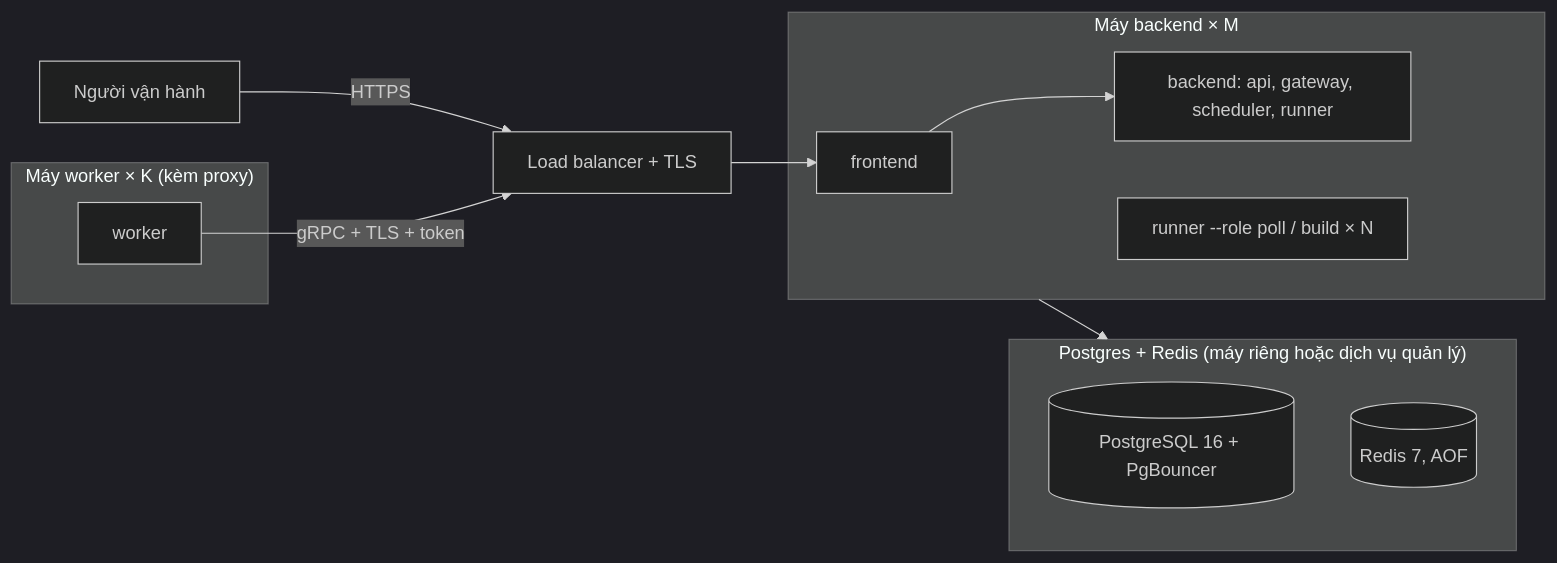
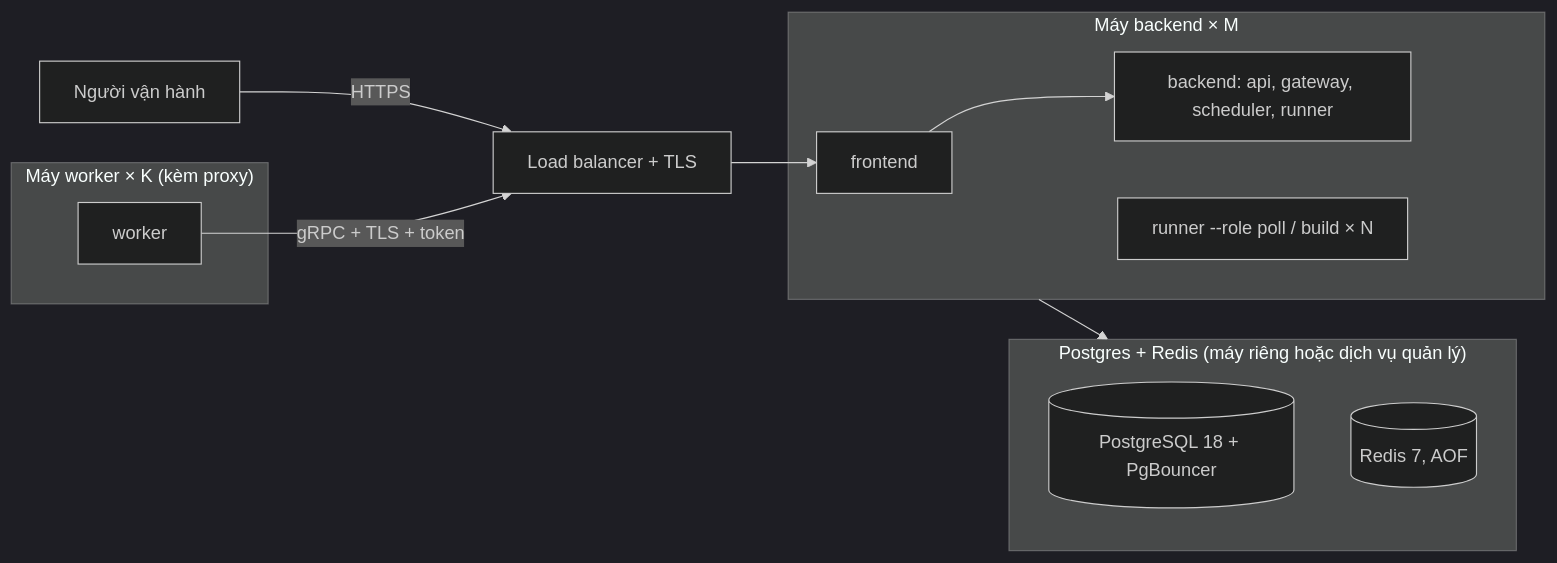
Before and after one commit to ntthanh2603/job-crawler: the diagram in docs/DEPLOY.md, drawn with Mermaid (dark theme). The commit also changed 4 other files, not shown here.

````diff
--- a/docs/DEPLOY.md
+++ b/docs/DEPLOY.md
@@ -11,18 +11,18 @@
 ```mermaid
 flowchart LR
   subgraph data["Postgres + Redis (máy riêng hoặc dịch vụ quản lý)"]
-    PG[(PostgreSQL 16 + PgBouncer)]
+    PG[(PostgreSQL 18 + PgBouncer)]
     RD[(Redis 7, AOF)]
   end
   subgraph app["Máy backend × M"]
     FE[frontend]
     BE[backend: api, gateway, scheduler, runner]
     RX[runner --role poll / build × N]
   end
   subgraph workers["Máy worker × K (kèm proxy)"]
     W[worker]
   end
   U[Người vận hành] -->|HTTPS| LB[Load balancer + TLS] --> FE --> BE
   W -->|gRPC + TLS + token| LB
   app --> data
 ```
````
